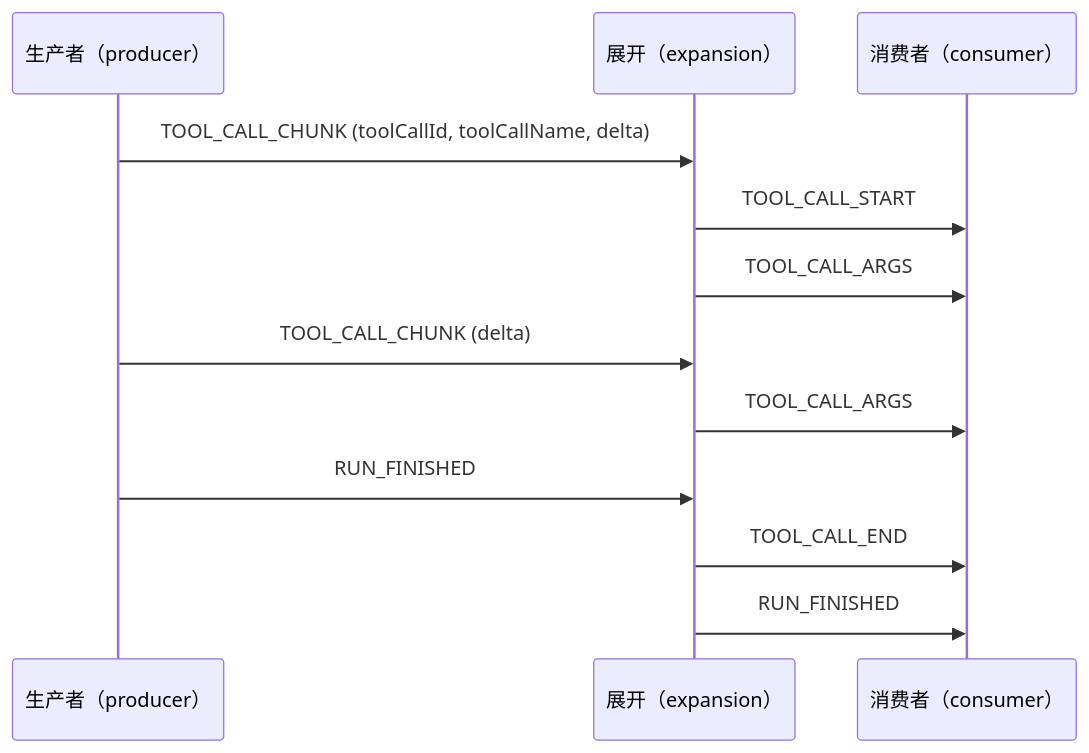
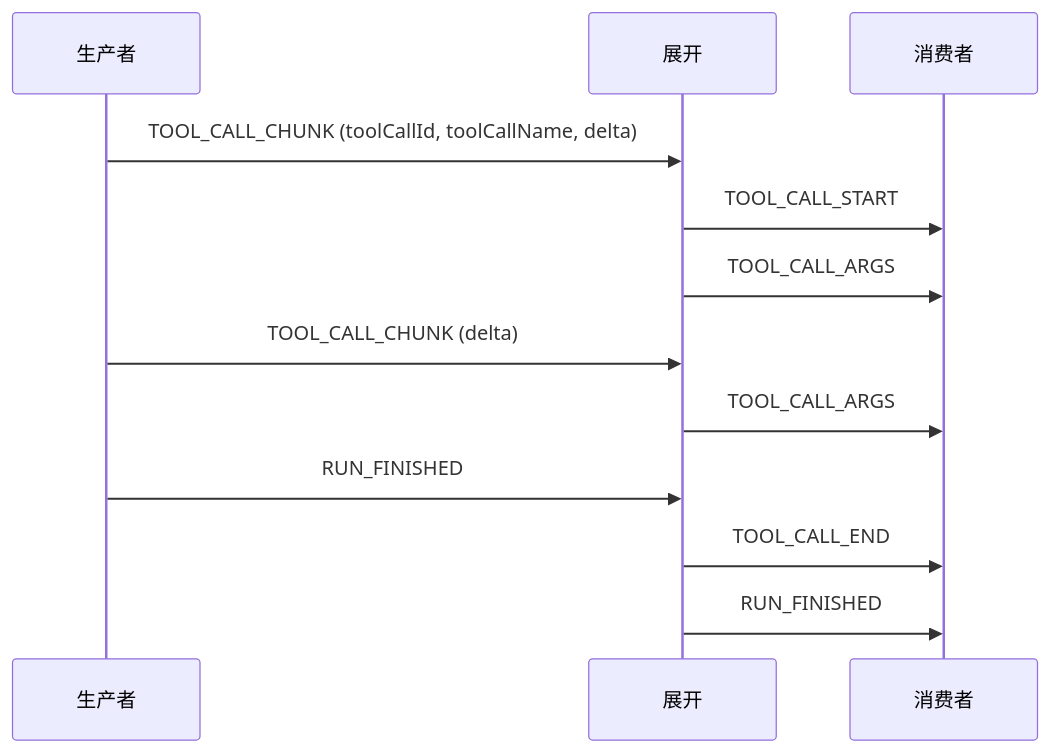
Before and after one commit to JilongSun/ag-ui-docs-zh: the second of 2 diagrams in content/zh/spec/1.0/basic/patterns/streaming.md, drawn with Mermaid. The commit also changed other lines of this file and 46 other files, not shown here.

````diff
--- a/content/zh/spec/1.0/basic/patterns/streaming.md
+++ b/content/zh/spec/1.0/basic/patterns/streaming.md
@@ -39,15 +39,15 @@
 ```mermaid
 sequenceDiagram
-    participant Producer as 生产者（producer）
-    participant Expansion as 展开（expansion）
-    participant Consumer as 消费者（consumer）
+    participant Producer as 生产者
+    participant Expansion as 展开
+    participant Consumer as 消费者
 
     Producer->>Expansion: TOOL_CALL_CHUNK (toolCallId, toolCallName, delta)
     Expansion->>Consumer: TOOL_CALL_START
     Expansion->>Consumer: TOOL_CALL_ARGS
     Producer->>Expansion: TOOL_CALL_CHUNK (delta)
     Expansion->>Consumer: TOOL_CALL_ARGS
     Producer->>Expansion: RUN_FINISHED
     Expansion->>Consumer: TOOL_CALL_END
     Expansion->>Consumer: RUN_FINISHED
 ```
````
